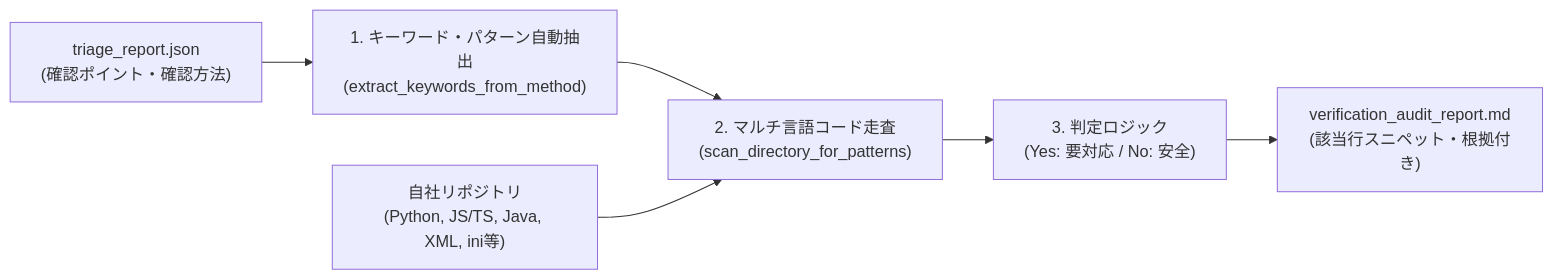
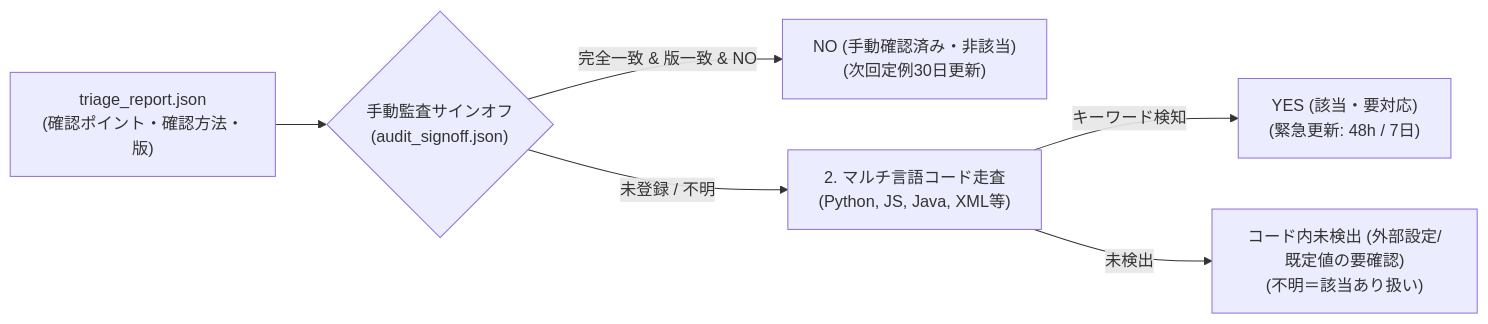
One commit to hamatz/triage-agent changed the second of 3 diagrams in docs/architecture.md. Above: the diagram before and after it, drawn with Mermaid. The commit also changed other lines of this file and 12 other files, not shown here.

````diff
--- a/docs/architecture.md
+++ b/docs/architecture.md
@@ -106,8 +109,8 @@
 ```mermaid
 flowchart LR
-    Report["triage_report.json\n(確認ポイント・確認方法)"] --> Extractor["1. キーワード・パターン自動抽出\n(extract_keywords_from_method)"]
-    Extractor --> Scanner["2. マルチ言語コード走査\n(scan_directory_for_patterns)"]
-    Repo["自社リポジトリ\n(Python, JS/TS, Java, XML, ini等)"] --> Scanner
-    Scanner --> Evaluator["3. 判定ロジック\n(Yes: 要対応 / No: 安全)"]
-    Evaluator --> Output["verification_audit_report.md\n(該当行スニペット・根拠付き)"]
+    Report["triage_report.json\n(確認ポイント・確認方法・版)"] --> AttestationCheck{"手動監査サインオフ\n(audit_signoff.json)"}
+    AttestationCheck -- "完全一致 & 版一致 & NO" --> Safe["NO (手動確認済み・非該当)\n(次回定例30日更新)"]
+    AttestationCheck -- "未登録 / 不明" --> Scanner["2. マルチ言語コード走査\n(Python, JS, Java, XML等)"]
+    Scanner -- "キーワード検知" --> Yes["YES (該当・要対応)\n(緊急更新: 48h / 7日)"]
+    Scanner -- "未検出" --> Unknown["コード内未検出 (外部設定/既定値の要確認)\n(不明＝該当あり扱い)"]
 ```
````
